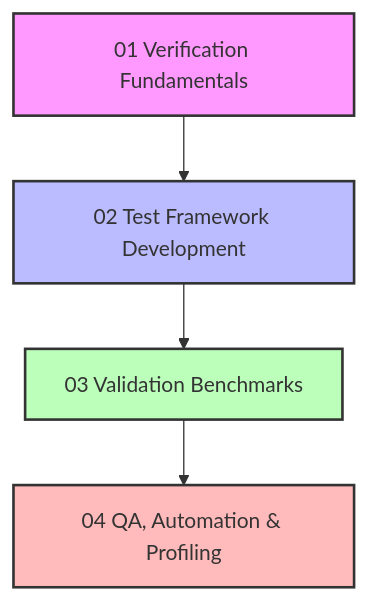
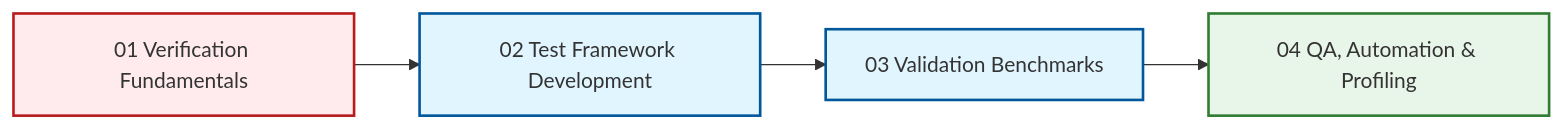
One commit to wramet/build-my-cfd changed the diagram in MODULE_08_TESTING_VALIDATION/00_Overview.md. Above: the diagram before and after it, drawn with Mermaid. The commit also changed 313 other files, not shown here.

Commit message:
Revise all diagram

````diff
--- a/MODULE_08_TESTING_VALIDATION/00_Overview.md
+++ b/MODULE_08_TESTING_VALIDATION/00_Overview.md
@@ -13,11 +13,9 @@
 ```mermaid
-graph TD
-    M1[01 Verification Fundamentals] --> M2[02 Test Framework Development]
-    M2 --> M3[03 Validation Benchmarks]
-    M3 --> M4[04 QA, Automation & Profiling]
-
-    style M1 fill:#f9f,stroke:#333,stroke-width:2px
-    style M2 fill:#bbf,stroke:#333,stroke-width:2px
-    style M3 fill:#bfb,stroke:#333,stroke-width:2px
-    style M4 fill:#fbb,stroke:#333,stroke-width:2px
+flowchart LR
+classDef implicit fill:#e1f5fe,stroke:#01579b,stroke-width:2px
+classDef explicit fill:#ffebee,stroke:#b71c1c,stroke-width:2px
+classDef success fill:#e8f5e9,stroke:#2e7d32,stroke-width:2px
+M1[01 Verification Fundamentals]:::explicit --> M2[02 Test Framework Development]:::implicit
+M2 --> M3[03 Validation Benchmarks]:::implicit
+M3 --> M4[04 QA, Automation & Profiling]:::success
 ```
````
